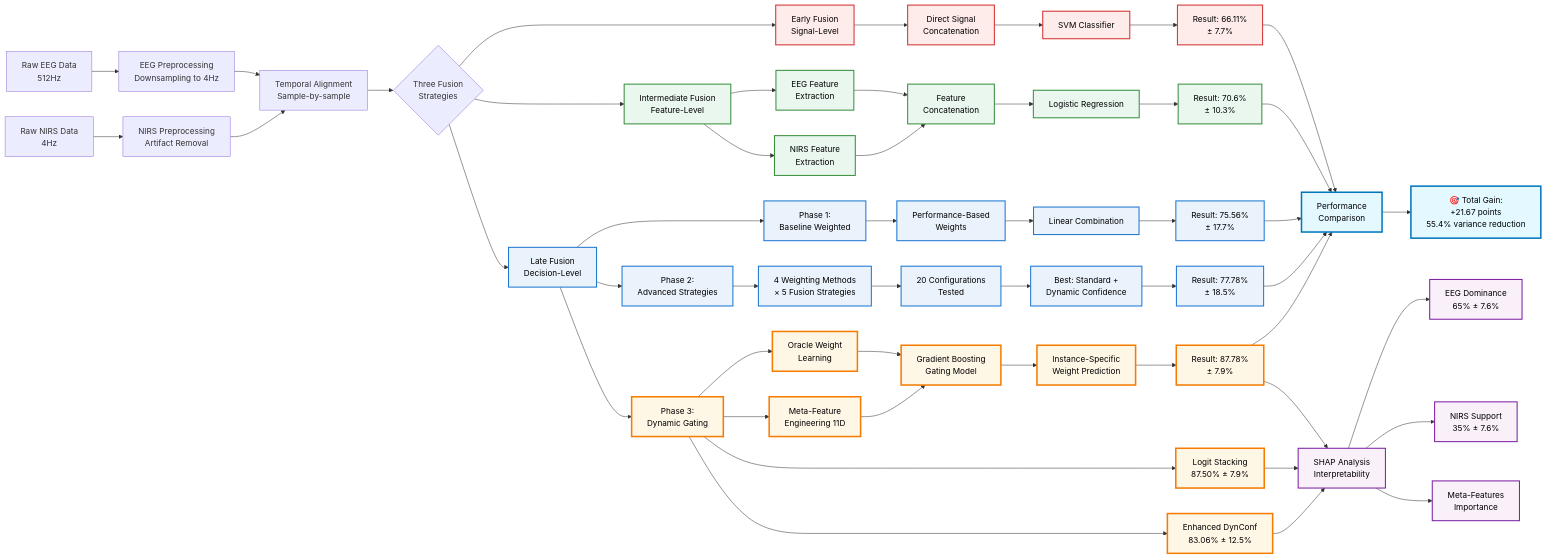
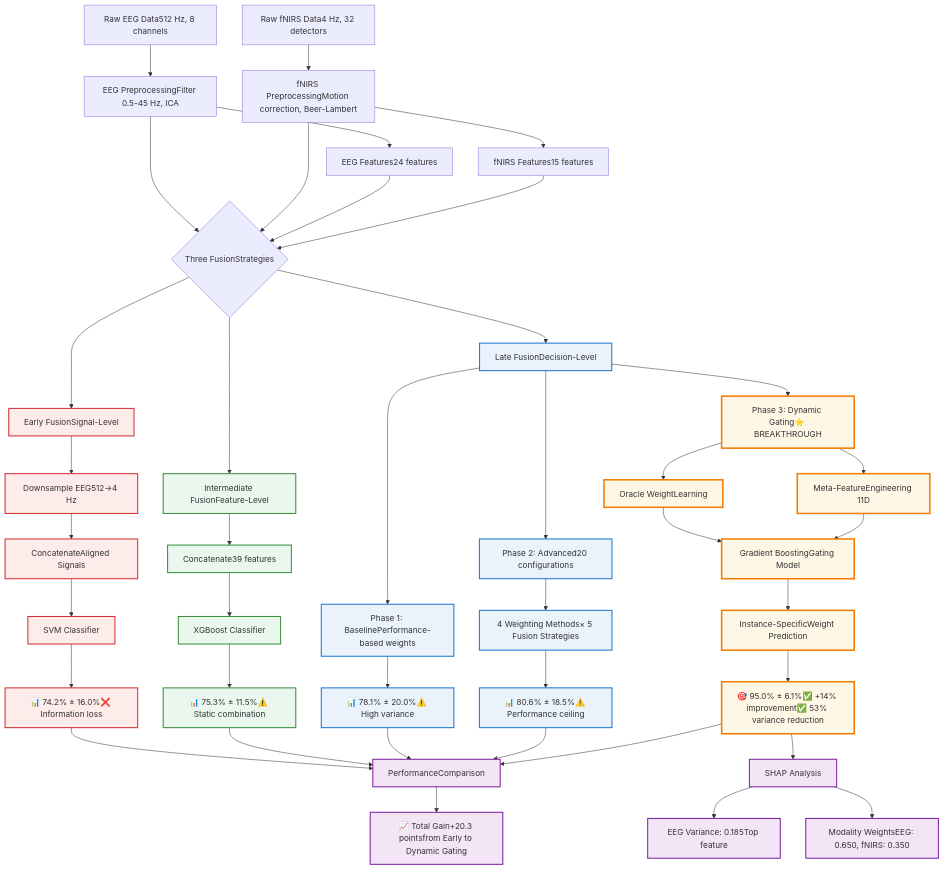
The diagram in Fusion_EEG_NIRS_Group_Type_Prediction/README.md (badrfr/Multi-Level-Fusion-of-EEG-and-fNIRS-Signals-for-Cognitive-Goal-State-Prediction), drawn with Mermaid before and after one commit. The commit also changed other lines of this file, not shown here.

````diff
--- a/Fusion_EEG_NIRS_Group_Type_Prediction/README.md
+++ b/Fusion_EEG_NIRS_Group_Type_Prediction/README.md
@@ -127,90 +223,74 @@
 ```mermaid
-flowchart LR
+flowchart TB
     %% Data Input
-    A1[Raw EEG Data<br/>512Hz] --> A2[EEG Preprocessing<br/>Downsampling to 4Hz]
-    B1[Raw NIRS Data<br/>4Hz] --> B2[NIRS Preprocessing<br/>Artifact Removal]
+    A1[Raw EEG Data512 Hz, 8 channels] --> A2[EEG PreprocessingFilter 0.5-45 Hz, ICA]
+    B1[Raw fNIRS Data4 Hz, 32 detectors] --> B2[fNIRS PreprocessingMotion correction, Beer-Lambert]
 
-    %% Synchronization
-    A2 --> C[Temporal Alignment<br/>Sample-by-sample]
-    B2 --> C
+    %% Feature Extraction
+    A2 --> C1[EEG Features24 features]
+    B2 --> C2[fNIRS Features15 features]
 
-    %% Three Fusion Approaches
-    C --> D{Three Fusion<br/>Strategies}
+    %% Three Fusion Branches
+    A2 --> D{Three FusionStrategies}
+    B2 --> D
+    C1 --> D
+    C2 --> D
 
-    %% Early Fusion Branch
-    D --> E1[Early Fusion<br/>Signal-Level]
-    E1 --> E2[Direct Signal<br/>Concatenation]
-    E2 --> E3[SVM Classifier]
-    E3 --> E4[Result: 66.11%<br/>± 7.7%]
+    %% Early Fusion
+    D --> E1[Early FusionSignal-Level]
+    E1 --> E2[Downsample EEG512→4 Hz]
+    E2 --> E3[ConcatenateAligned Signals]
+    E3 --> E4[SVM Classifier]
+    E4 --> E5[📊 74.2% ± 16.0%❌ Information loss]
 
-    %% Intermediate Fusion Branch
-    D --> F1[Intermediate Fusion<br/>Feature-Level]
-    F1 --> F2[EEG Feature<br/>Extraction]
-    F1 --> F3[NIRS Feature<br/>Extraction]
-    F2 --> F4[Feature<br/>Concatenation]
-    F3 --> F4
-    F4 --> F5[Logistic Regression]
-    F5 --> F6[Result: 70.6%<br/>± 10.3%]
-
-    %% Late Fusion Branch
-    D --> G1[Late Fusion<br/>Decision-Level]
+    %% Intermediate Fusion
+    D --> F1[Intermediate FusionFeature-Level]
+    F1 --> F2[Concatenate39 features]
+    F2 --> F3[XGBoost Classifier]
+    F3 --> F4[📊 75.3% ± 11.5%⚠️ Static combination]
 
     %% Late Fusion Phase 1
-    G1 --> H1[Phase 1:<br/>Baseline Weighted]
-    H1 --> H2[Performance-Based<br/>Weights]
-    H2 --> H3[Linear Combination]
-    H3 --> H4[Result: 75.56%<br/>± 17.7%]
+    D --> G1[Late FusionDecision-Level]
+    G1 --> H1[Phase 1: BaselinePerformance-based weights]
+    H1 --> H2[📊 78.1% ± 20.0%⚠️ High variance]
 
     %% Late Fusion Phase 2
-    G1 --> I1[Phase 2:<br/>Advanced Strategies]
-    I1 --> I2[4 Weighting Methods<br/>× 5 Fusion Strategies]
-    I2 --> I3[20 Configurations<br/>Tested]
-    I3 --> I4[Best: Standard +<br/>Dynamic Confidence]
-    I4 --> I5[Result: 77.78%<br/>± 18.5%]
+    G1 --> I1[Phase 2: Advanced20 configurations]
+    I1 --> I2[4 Weighting Methods× 5 Fusion Strategies]
+    I2 --> I3[📊 80.6% ± 18.5%⚠️ Performance ceiling]
 
     %% Late Fusion Phase 3 - Dynamic Gating
-    G1 --> J1[Phase 3:<br/>Dynamic Gating]
-    J1 --> J2[Oracle Weight<br/>Learning]
-    J1 --> J3[Meta-Feature<br/>Engineering 11D]
-    J2 --> J4[Gradient Boosting<br/>Gating Model]
+    G1 --> J1[Phase 3: Dynamic Gating⭐ BREAKTHROUGH]
+    J1 --> J2[Oracle WeightLearning]
+    J1 --> J3[Meta-FeatureEngineering 11D]
+    J2 --> J4[Gradient BoostingGating Model]
     J3 --> J4
-    J4 --> J5[Instance-Specific<br/>Weight Prediction]
-    J5 --> J6[Result: 87.78%<br/>± 7.9%]
+    J4 --> J5[Instance-SpecificWeight Prediction]
+    J5 --> J6[🎯 95.0% ± 6.1%✅ +14% improvement✅ 53% variance reduction]
 
-    %% Additional Methods
-    J1 --> K1[Logit Stacking<br/>87.50% ± 7.9%]
-    J1 --> K2[Enhanced DynConf<br/>83.06% ± 12.5%]
-
-    %% Final Analysis
-    J6 --> L1[SHAP Analysis<br/>Interpretability]
-    K1 --> L1
-    K2 --> L1
-
-    L1 --> L2[EEG Dominance<br/>65% ± 7.6%]
-    L1 --> L3[NIRS Support<br/>35% ± 7.6%]
-    L1 --> L4[Meta-Features<br/>Importance]
+    %% SHAP Analysis
+    J6 --> K1[SHAP Analysis]
+    K1 --> K2[EEG Variance: 0.185Top feature]
+    K1 --> K3[Modality WeightsEEG: 0.650, fNIRS: 0.350]
 
     %% Performance Summary
-    E4 --> M1[Performance<br/>Comparison]
-    F6 --> M1
-    H4 --> M1
-    I5 --> M1
-    J6 --> M1
+    E5 --> L1[PerformanceComparison]
+    F4 --> L1
+    H2 --> L1
+    I3 --> L1
+    J6 --> L1
+    L1 --> L2[📈 Total Gain+20.3 pointsfrom Early to Dynamic Gating]
 
-    M1 --> M2[🎯 Total Gain:<br/>+21.67 points<br/>55.4% variance reduction]
+    %% Styling
+    classDef early fill:#fdecea,stroke:#d32f2f,stroke-width:2px
+    classDef inter fill:#e9f7ef,stroke:#388e3c,stroke-width:2px
+    classDef late fill:#eaf2fb,stroke:#1976d2,stroke-width:2px
+    classDef breakthrough fill:#fff7e6,stroke:#f57c00,stroke-width:3px
+    classDef result fill:#f3e5f5,stroke:#7b1fa2,stroke-width:2px
 
-    %% Softer Styling
-    classDef earlyFusion fill:#fdecea,stroke:#d32f2f,stroke-width:2px,color:#000
-    classDef intermediateFusion fill:#e9f7ef,stroke:#388e3c,stroke-width:2px,color:#000
-    classDef lateFusion fill:#eaf2fb,stroke:#1976d2,stroke-width:2px,color:#000
-    classDef breakthrough fill:#fff7e6,stroke:#f57c00,stroke-width:3px,color:#000
-    classDef result fill:#f9f0fa,stroke:#7b1fa2,stroke-width:2px,color:#000
-    classDef final fill:#e3f8ff,stroke:#0277bd,stroke-width:3px,color:#000
-
-    class E1,E2,E3,E4 earlyFusion
-    class F1,F2,F3,F4,F5,F6 intermediateFusion
-    class G1,H1,H2,H3,H4,I1,I2,I3,I4,I5 lateFusion
-    class J1,J2,J3,J4,J5,J6,K1,K2 breakthrough
-    class L1,L2,L3,L4 result
-    class M1,M2 final
+    class E1,E2,E3,E4,E5 early
+    class F1,F2,F3,F4 inter
+    class G1,H1,H2,I1,I2,I3 late
+    class J1,J2,J3,J4,J5,J6 breakthrough
+    class K1,K2,K3,L1,L2 result
 ```
````
